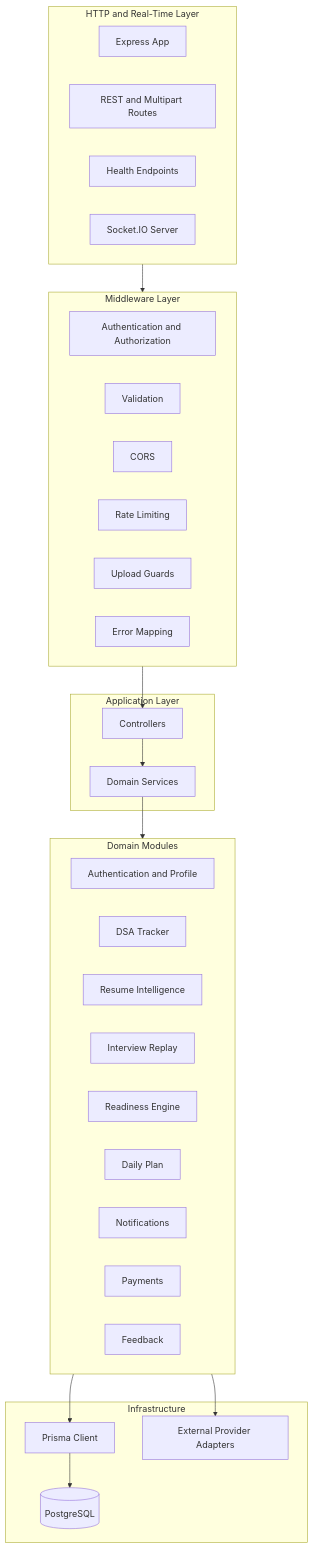
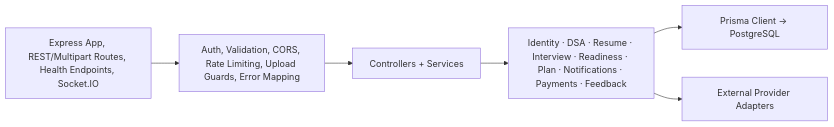
One commit to aryancodes12-bit/PlacementOS changed the sixth of 13 diagrams in README.md. Above: the diagram before and after it, drawn with Mermaid. The commit also changed other lines of this file, not shown here.

````diff
--- a/README.md
+++ b/README.md
@@ -346,49 +194,8 @@
 ```mermaid
-flowchart TB
-    subgraph HTTP["HTTP and Real-Time Layer"]
-        EXPRESS["Express App"]
-        ROUTES["REST and Multipart Routes"]
-        HEALTH["Health Endpoints"]
-        SOCKET["Socket.IO Server"]
-    end
-
-    subgraph SECURITY["Middleware Layer"]
-        AUTH["Authentication and Authorization"]
-        VALIDATION["Validation"]
-        CORS["CORS"]
-        RATE["Rate Limiting"]
-        UPLOAD["Upload Guards"]
-        ERRORS["Error Mapping"]
-    end
-
-    subgraph APP["Application Layer"]
-        CONTROLLERS["Controllers"]
-        SERVICES["Domain Services"]
-    end
-
-    subgraph DOMAIN["Domain Modules"]
-        IDENTITY["Authentication and Profile"]
-        DSA["DSA Tracker"]
-        RESUME["Resume Intelligence"]
-        INTERVIEW["Interview Replay"]
-        READINESS["Readiness Engine"]
-        PLAN["Daily Plan"]
-        NOTIFICATIONS["Notifications"]
-        PAYMENTS["Payments"]
-        FEEDBACK["Feedback"]
-    end
-
-    subgraph INFRA["Infrastructure"]
-        PRISMA["Prisma Client"]
-        DATABASE[("PostgreSQL")]
-        PROVIDERS["External Provider Adapters"]
-    end
-
-    HTTP --> SECURITY
-    SECURITY --> CONTROLLERS
-    CONTROLLERS --> SERVICES
-    SERVICES --> DOMAIN
-    DOMAIN --> PRISMA
-    PRISMA --> DATABASE
-    DOMAIN --> PROVIDERS
+flowchart LR
+    HTTP["Express App, REST/Multipart Routes, Health Endpoints, Socket.IO"] --> SECURITY["Auth, Validation, CORS, Rate Limiting, Upload Guards, Error Mapping"]
+    SECURITY --> APP["Controllers + Services"]
+    APP --> DOMAIN["Identity · DSA · Resume · Interview · Readiness · Plan · Notifications · Payments · Feedback"]
+    DOMAIN --> INFRA["Prisma Client → PostgreSQL"]
+    DOMAIN --> PROVIDERS["External Provider Adapters"]
 ```
````
